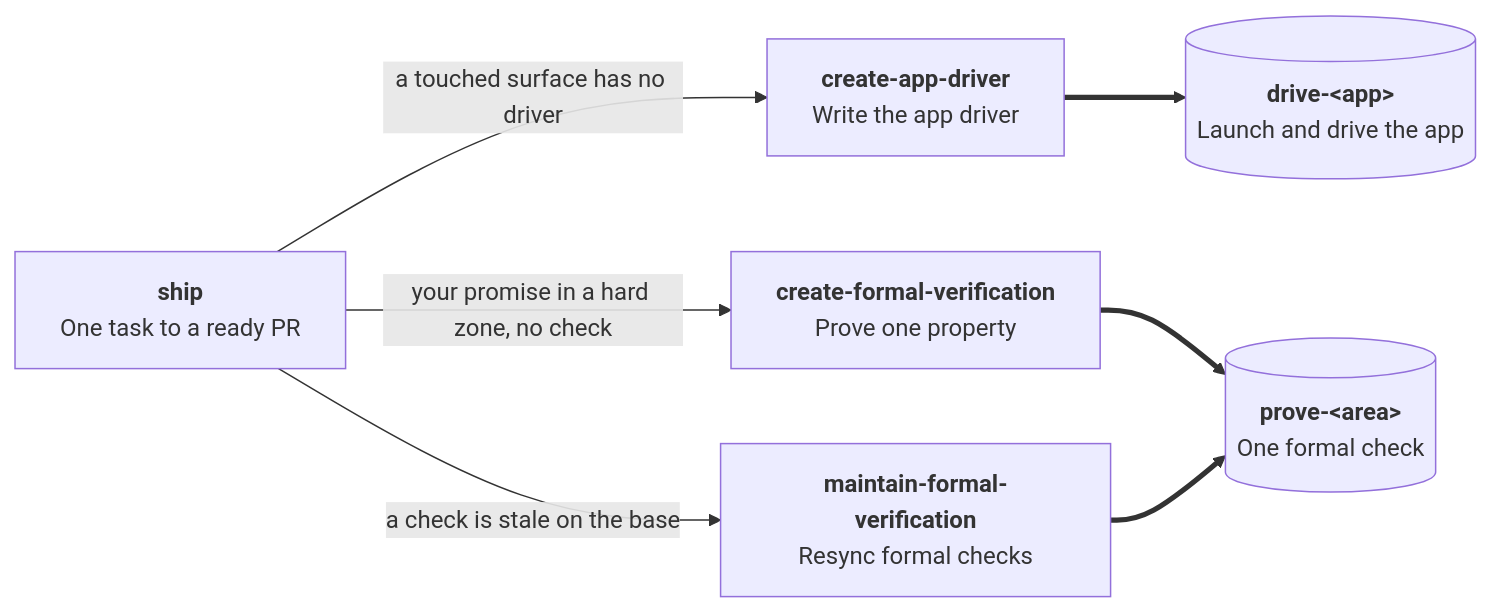
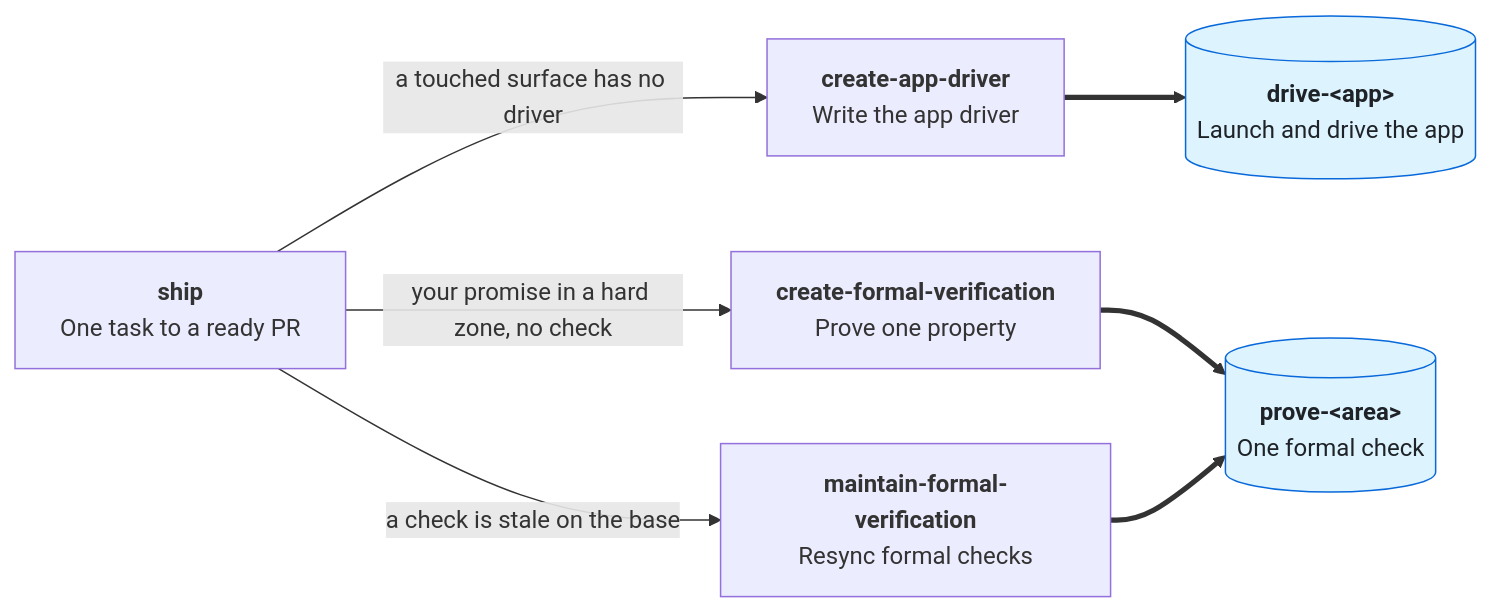
Before and after one commit to Ilian-Allaf/skillstack: the fifth of 12 diagrams in skills/GRAPH.md, drawn with Mermaid. The commit also changed other lines of this file, not shown here.

First line of the commit message:
Make the skill graph readable at a glance

````diff
--- a/skills/GRAPH.md
+++ b/skills/GRAPH.md
@@ -83,16 +113,19 @@
 ```mermaid
 flowchart LR
   ship["<b>ship</b><br/>One task to a ready PR"]
   driver["<b>create-app-driver</b><br/>Write the app driver"]
   createfv["<b>create-formal-verification</b><br/>Prove one property"]
   maintainfv["<b>maintain-formal-verification</b><br/>Resync formal checks"]
   drive[("<b>drive-#lt;app#gt;</b><br/>Launch and drive the app")]
   prove[("<b>prove-#lt;area#gt;</b><br/>One formal check")]
 
   ship -->|a touched surface has no driver| driver
   ship -->|your promise in a hard zone, no check| createfv
   ship -->|a check is stale on the base| maintainfv
   driver ==> drive
   createfv ==> prove
   maintainfv ==> prove
+
+  classDef tool fill:#ddf4ff,stroke:#0969da,color:#1f2328
+  class drive,prove tool
 ```
````
